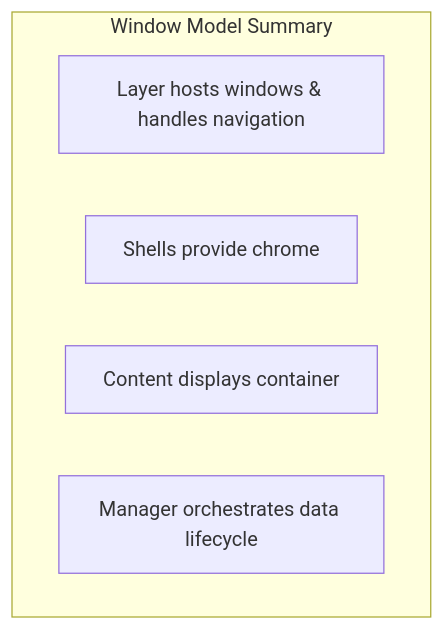
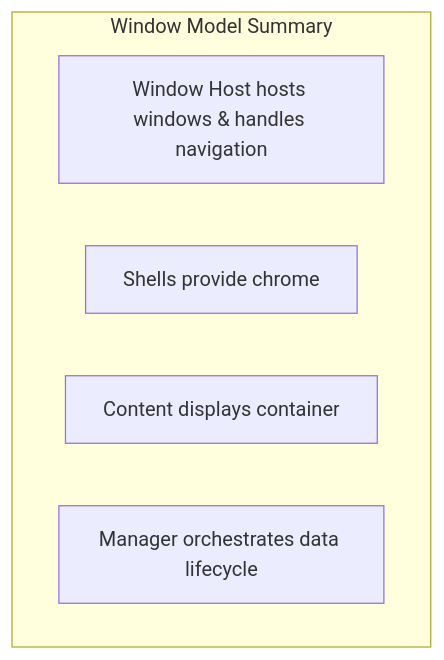
Before and after one commit to outliyr/outliyr-docs: the eighth of 8 diagrams in outliyr-framework/docs/base-lyra-modified/ui/item-container-ui-system/core-architecture-and-data-structures/the-window-model.md, drawn with Mermaid. The commit also changed other lines of this file and 26 other files, not shown here.

````diff
--- a/outliyr-framework/docs/base-lyra-modified/ui/item-container-ui-system/core-architecture-and-data-structures/the-window-model.md
+++ b/outliyr-framework/docs/base-lyra-modified/ui/item-container-ui-system/core-architecture-and-data-structures/the-window-model.md
@@ -316,9 +316,9 @@
 ```mermaid
 flowchart TB
     subgraph Summary ["Window Model Summary"]
-        L[Layer hosts windows & handles navigation]
+        L[Window Host hosts windows & handles navigation]
         S[Shells provide chrome]
         C[Content displays container]
         M[Manager orchestrates data lifecycle]
     end
 ```
````
